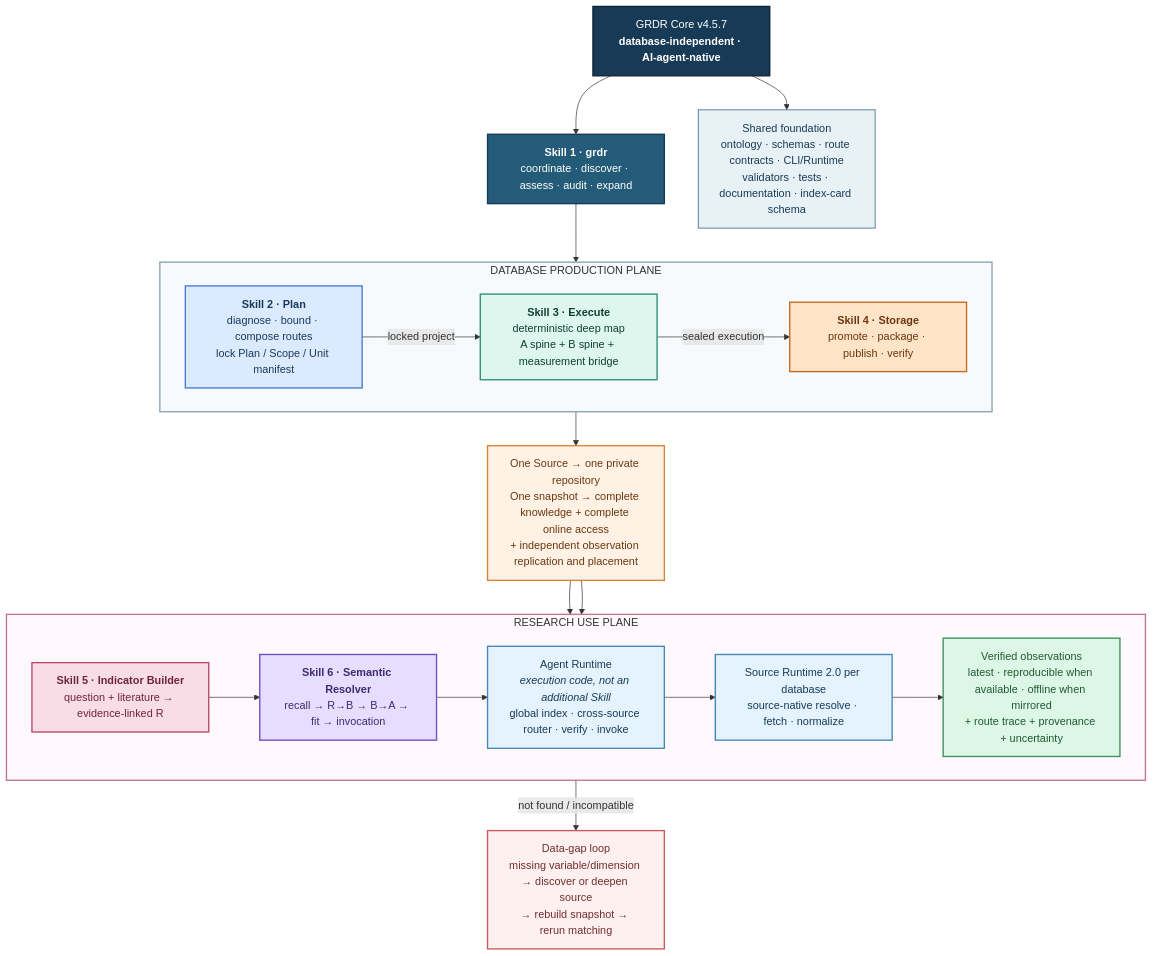
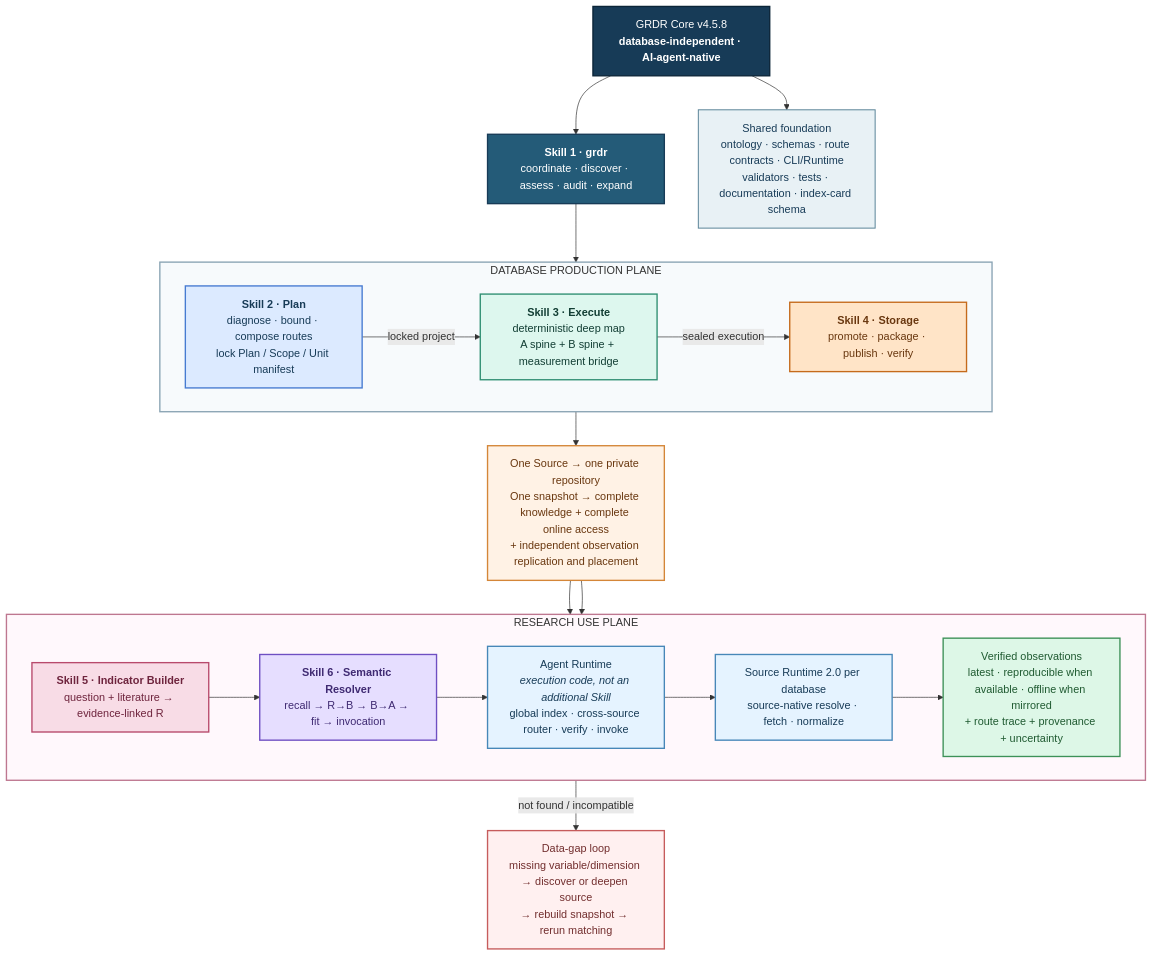
The first of 5 diagrams in README.md (yangyuezh/grdr-core-version-archive), drawn with Mermaid before and after one commit. The commit also changed other lines of this file and 6 other files, not shown here.

````diff
--- a/README.md
+++ b/README.md
@@ -30,51 +30,51 @@
 ```mermaid
 flowchart TB
-    CORE["GRDR Core v4.5.7<br/><b>database-independent · AI-agent-native</b>"]:::core
+    CORE["GRDR Core v4.5.8<br/><b>database-independent · AI-agent-native</b>"]:::core
     COORD["<b>Skill 1 · grdr</b><br/>coordinate · discover · assess · audit · expand"]:::coreSkill
     SHARED["Shared foundation<br/>ontology · schemas · route contracts · CLI/Runtime<br/>validators · tests · documentation · index-card schema"]:::shared
 
     subgraph PROD["DATABASE PRODUCTION PLANE"]
         direction LR
         PLAN_OV["<b>Skill 2 · Plan</b><br/>diagnose · bound · compose routes<br/>lock Plan / Scope / Unit manifest"]:::plan
         EXEC_OV["<b>Skill 3 · Execute</b><br/>deterministic deep map<br/>A spine + B spine + measurement bridge"]:::execute
         STORE_OV["<b>Skill 4 · Storage</b><br/>promote · package · publish · verify"]:::storage
         PLAN_OV -->|"locked project"| EXEC_OV -->|"sealed execution"| STORE_OV
     end
 
     SNAP["One Source → one private repository<br/>One snapshot → complete knowledge + complete online access<br/>+ independent observation replication and placement"]:::artifact
 
     subgraph USE["RESEARCH USE PLANE"]
         direction LR
         BUILD_OV["<b>Skill 5 · Indicator Builder</b><br/>question + literature → evidence-linked R"]:::research
         SEM_OV["<b>Skill 6 · Semantic Resolver</b><br/>recall → R→B → B→A → fit → invocation"]:::semantic
         RUN_OV["Agent Runtime<br/><i>execution code, not an additional Skill</i><br/>global index · cross-source router · verify · invoke"]:::runtime
         SOURCE_RUN_OV["Source Runtime 2.0 per database<br/>source-native resolve · fetch · normalize"]:::runtime
         OUT_OV["Verified observations<br/>latest · reproducible when available · offline when mirrored<br/>+ route trace + provenance + uncertainty"]:::result
         BUILD_OV --> SEM_OV --> RUN_OV --> SOURCE_RUN_OV --> OUT_OV
     end
 
     GAP_OV["Data-gap loop<br/>missing variable/dimension → discover or deepen source<br/>→ rebuild snapshot → rerun matching"]:::gap
 
     CORE --> COORD
     CORE --> SHARED
     COORD --> PLAN_OV
     STORE_OV --> SNAP
     SNAP --> SEM_OV
     SNAP --> RUN_OV
     SEM_OV -->|"not found / incompatible"| GAP_OV
 
     classDef core fill:#173B57,stroke:#0B2538,color:#FFFFFF,stroke-width:2px;
     classDef coreSkill fill:#245B78,stroke:#173B57,color:#FFFFFF,stroke-width:2px;
     classDef shared fill:#E8F1F5,stroke:#5E879A,color:#173B57,stroke-width:1.5px;
     classDef plan fill:#DCEAFF,stroke:#477BD1,color:#173B57,stroke-width:2px;
     classDef execute fill:#DDF7EE,stroke:#2F8F72,color:#123E34,stroke-width:2px;
     classDef storage fill:#FFE4C7,stroke:#C56A1B,color:#69370F,stroke-width:2px;
     classDef artifact fill:#FFF2E5,stroke:#D48638,color:#69370F,stroke-width:2px;
     classDef research fill:#F8DCE6,stroke:#B84A6C,color:#6E243D,stroke-width:2px;
     classDef semantic fill:#E6DEFF,stroke:#6F4FC2,color:#3F2A72,stroke-width:2px;
     classDef runtime fill:#E5F3FF,stroke:#4787B8,color:#173B57,stroke-width:2px;
     classDef result fill:#DDF7E7,stroke:#3D9158,color:#1F5A31,stroke-width:2px;
     classDef gap fill:#FFF0F0,stroke:#C65C5C,color:#722E2E,stroke-width:2px;
     style PROD fill:#F7FAFC,stroke:#8AA4B4,stroke-width:2px
     style USE fill:#FFF8FC,stroke:#BE7790,stroke-width:2px
 ```
````
